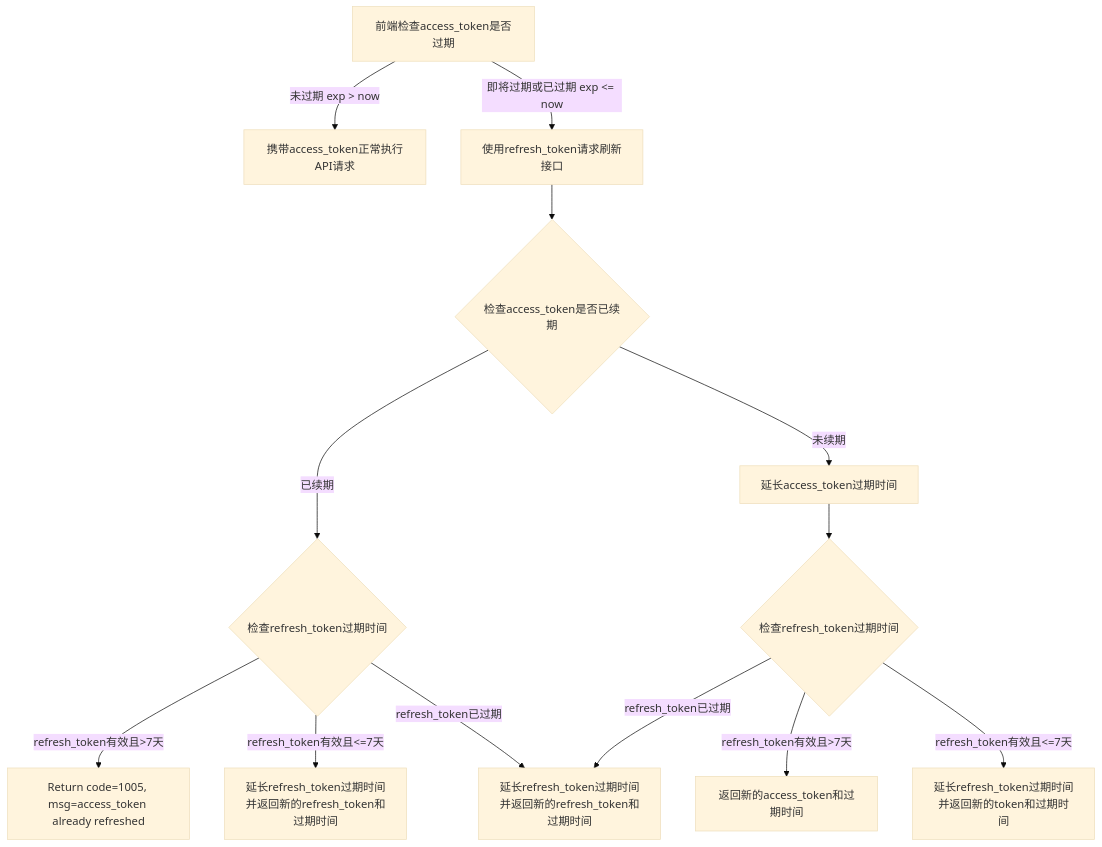
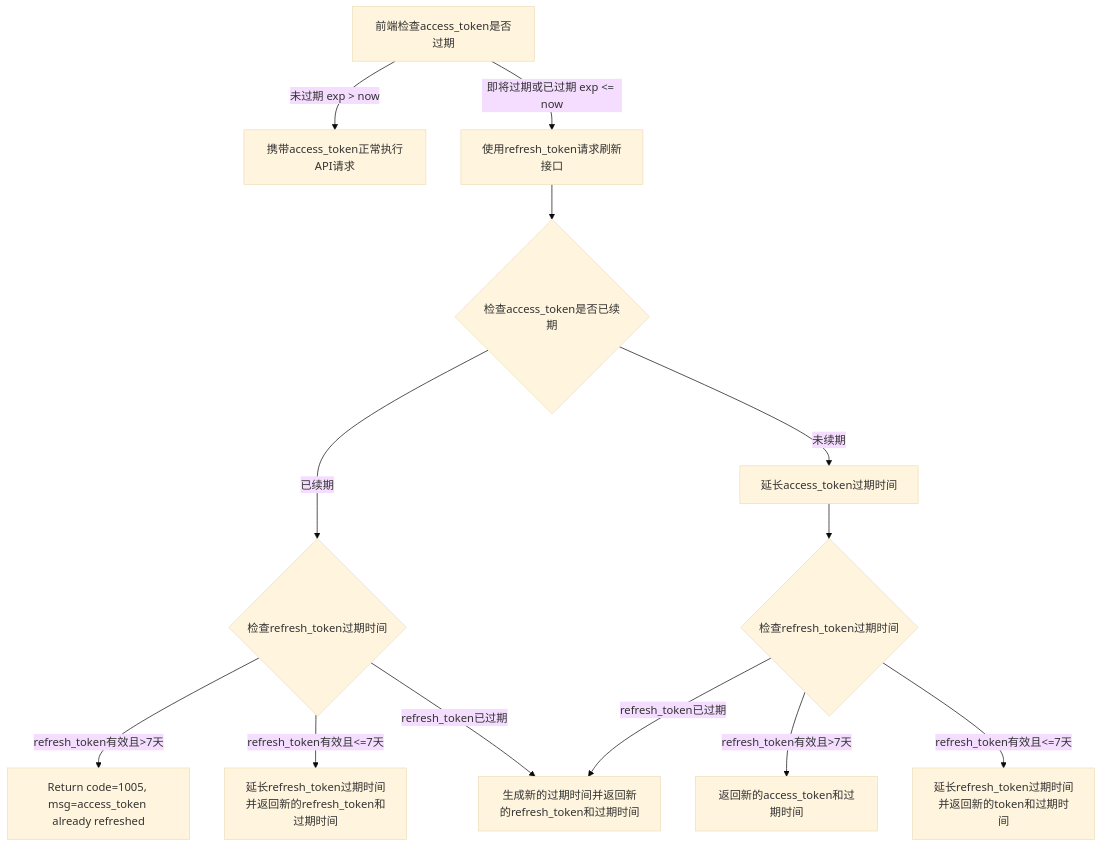
One commit to yingjianzh/iodraw-files changed the diagram in all/未命名-19.md. Above: the diagram before and after it, drawn with Mermaid (base theme).

Commit message:
2025-01-09 09:27:26 update

````diff
--- a/all/未命名-19.md
+++ b/all/未命名-19.md
@@ -1,17 +1,17 @@
 ```mermaid
 flowchart TD
     A[前端检查access_token是否过期] 
     A -->|未过期 exp > now| B[携带access_token正常执行API请求]
     A -->|即将过期或已过期 exp <= now| C[使用refresh_token请求刷新接口]
     C --> D{检查access_token是否已续期}
     D -->|已续期| E{检查refresh_token过期时间}
     D -->|未续期| F[延长access_token过期时间]
     E -->|refresh_token有效且>7天| G[Return code=1005, msg=access_token already refreshed]
     E -->|refresh_token有效且<=7天| H[延长refresh_token过期时间并返回新的refresh_token和过期时间]
-    E -->|refresh_token已过期| I[延长refresh_token过期时间并返回新的refresh_token和过期时间]
+    E -->|refresh_token已过期| I[生成新的过期时间并返回新的refresh_token和过期时间]
     F --> J{检查refresh_token过期时间}
     J -->|refresh_token有效且>7天| K[返回新的access_token和过期时间]
     J -->|refresh_token有效且<=7天| L[延长refresh_token过期时间并返回新的token和过期时间]
     J -->|refresh_token已过期| I
 
 ```
````
